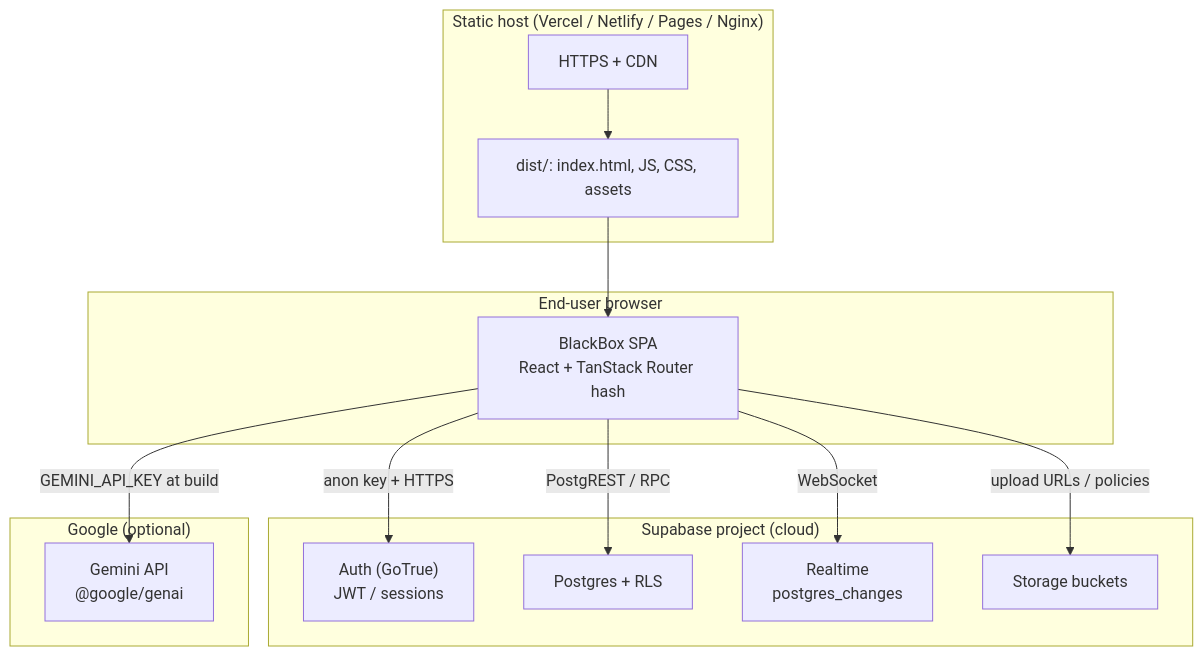
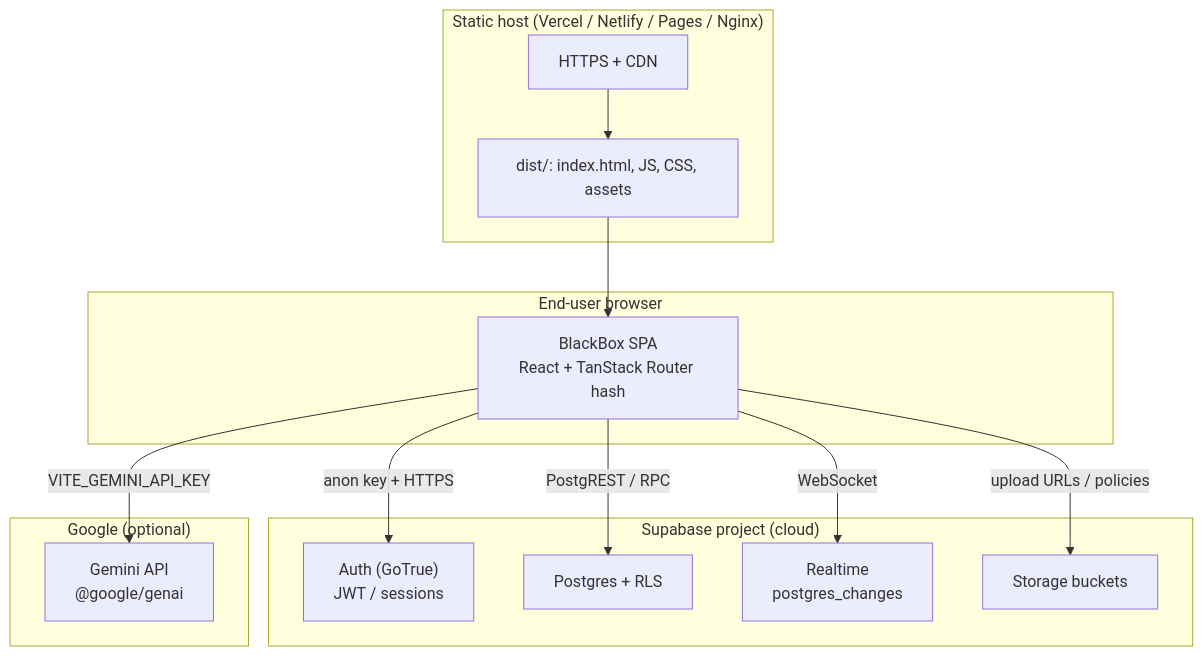
One commit to Admin5152/blackbok-tech changed the first of 2 diagrams in docs/SYSTEM_DOCUMENTATION.md. Above: the diagram before and after it, drawn with Mermaid. The commit also changed other lines of this file and 9 other files, not shown here.

Commit message:
fix(hero): mobile headline and dot strip; use VITE_GEMINI_API_KEY

````diff
--- a/docs/SYSTEM_DOCUMENTATION.md
+++ b/docs/SYSTEM_DOCUMENTATION.md
@@ -61,30 +61,30 @@
 ```mermaid
 flowchart TB
   subgraph Host["Static host (Vercel / Netlify / Pages / Nginx)"]
     CDN[HTTPS + CDN]
     ART["dist/: index.html, JS, CSS, assets"]
   end
 
   subgraph Browser["End-user browser"]
     SPA["BlackBox SPA\nReact + TanStack Router hash"]
   end
 
   subgraph Supabase["Supabase project (cloud)"]
     AUTH["Auth (GoTrue)\nJWT / sessions"]
     PG["Postgres + RLS"]
     RT["Realtime\npostgres_changes"]
     ST["Storage buckets"]
   end
 
   subgraph Google["Google (optional)"]
     GEM["Gemini API\n@google/genai"]
   end
 
   CDN --> ART
   ART --> SPA
   SPA -->|anon key + HTTPS| AUTH
   SPA -->|PostgREST / RPC| PG
   SPA -->|WebSocket| RT
   SPA -->|upload URLs / policies| ST
-  SPA -->|"GEMINI_API_KEY at build"| GEM
+  SPA -->|"VITE_GEMINI_API_KEY"| GEM
 ```
````
